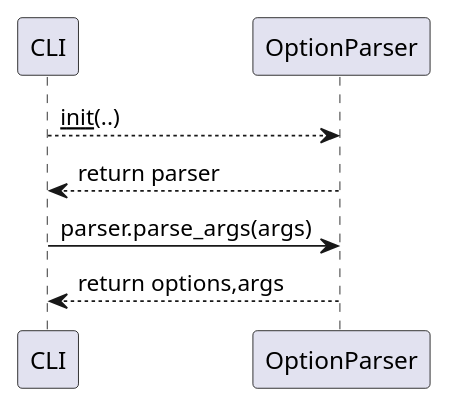
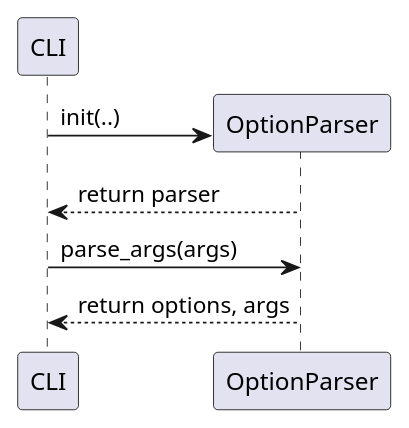
The diagram in project/uml/CLI_Configuration/OptionParse.puml (ezequiels/nazz), drawn with PlantUML before and after one commit. The commit also changed 6 other files, not shown here.

Commit message:
Updates to seq diagrams

```diff
--- a/project/uml/CLI_Configuration/OptionParse.puml
+++ b/project/uml/CLI_Configuration/OptionParse.puml
@@ -1,6 +1,8 @@
 @startuml
-CLI --> OptionParser: __init__(..)
-CLI <--OptionParser: return parser
-CLI -> OptionParser: parser.parse_args(args)
-CLI <-- OptionParser: return options,args
+participant CLI
+create OptionParser
+CLI -> OptionParser: init(..)
+CLI <-- OptionParser: return parser
+CLI -> OptionParser: parse_args(args)
+CLI <-- OptionParser: return options, args
 @enduml
```
